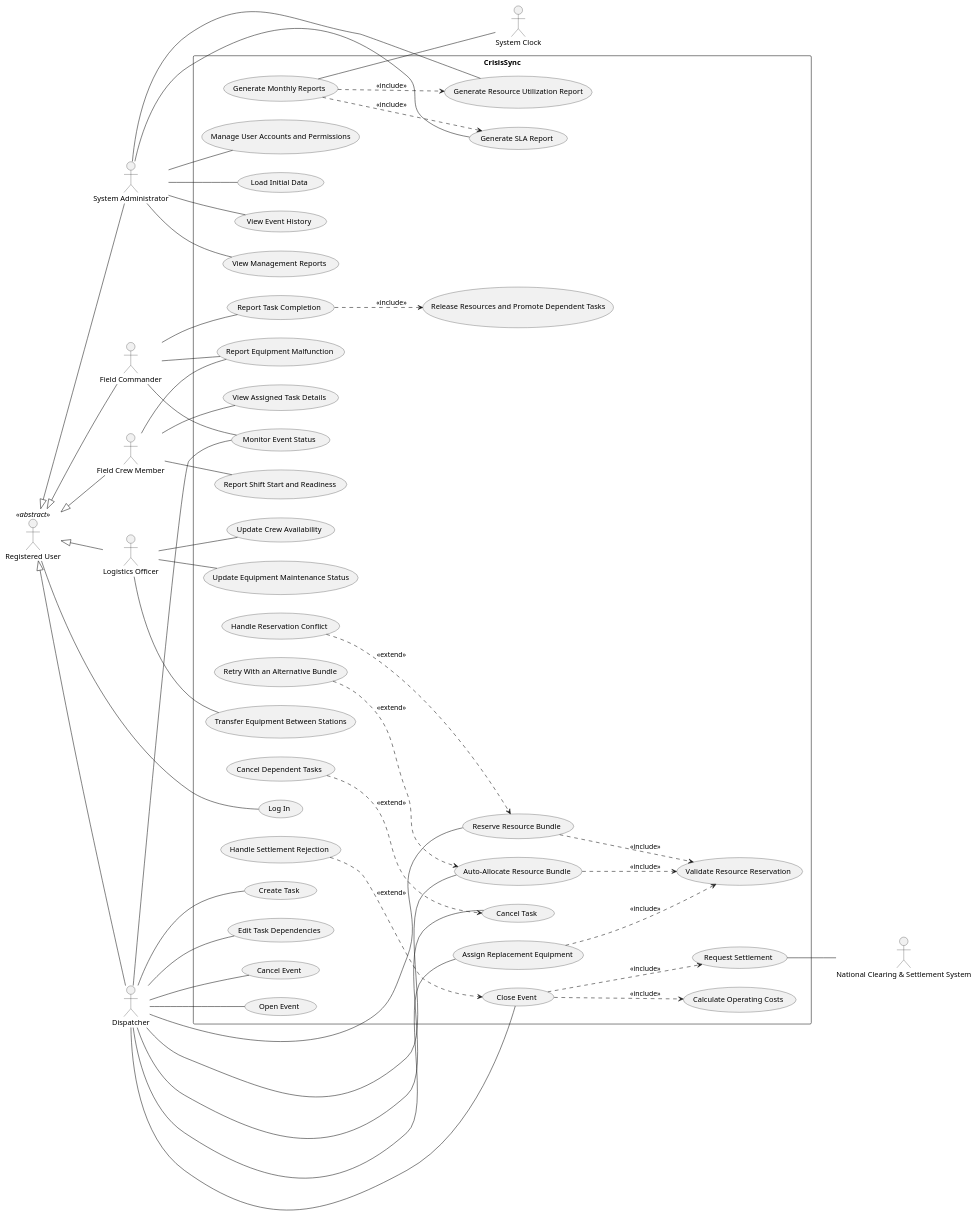
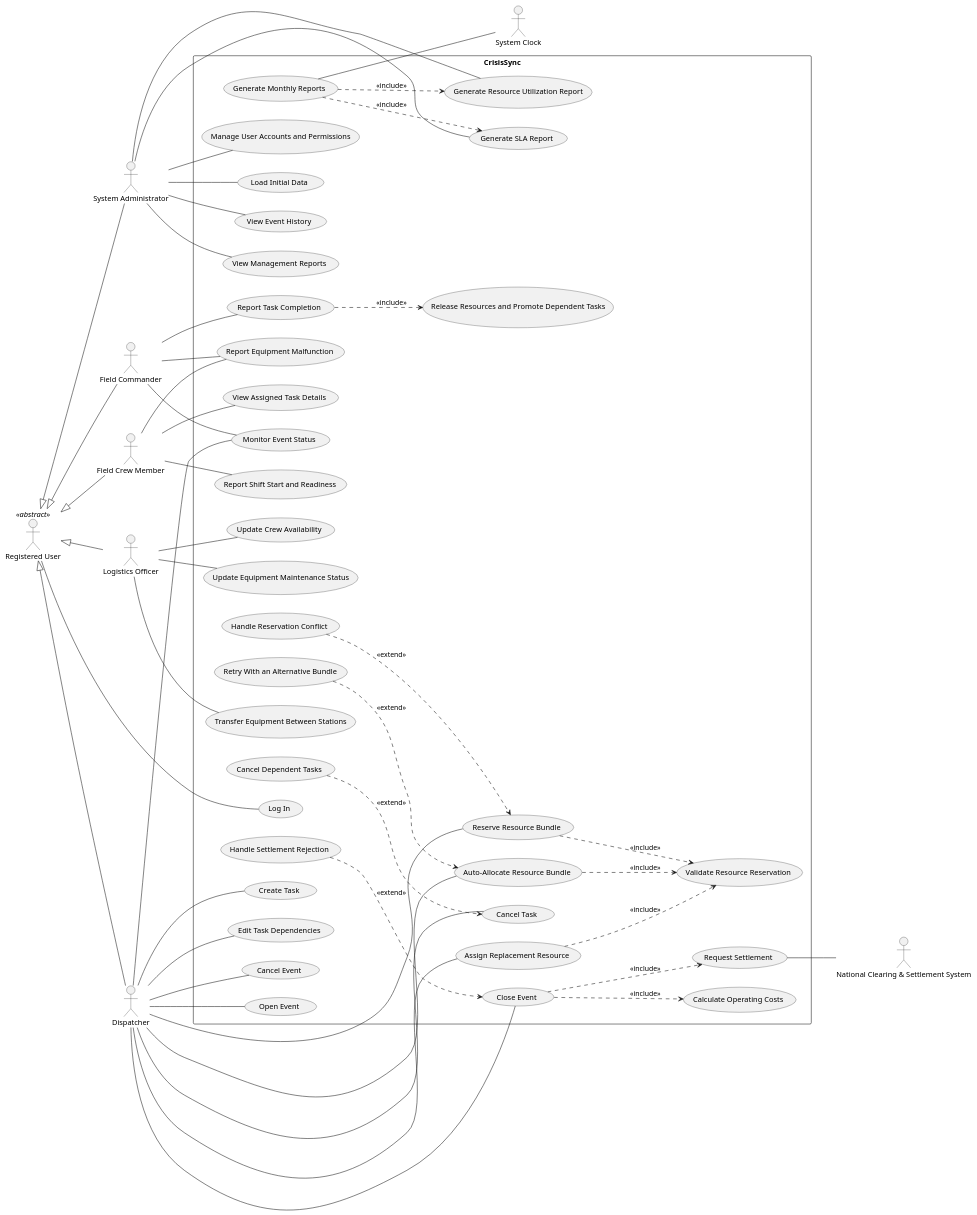
The diagram in Assignment1/usecase.puml (OrelimelechX/CrisisSync-G12), drawn with PlantUML before and after one commit. The commit also changed 3 other files, not shown here.

```diff
--- a/Assignment1/usecase.puml
+++ b/Assignment1/usecase.puml
@@ -1,107 +1,107 @@
 @startuml
 ' CrisisSync - Use Case Model, Assignment 1 (Group G12)
 ' Text source of G12_Assignment1.vpp (Visual Paradigm 18.1).
 ' include: base ..> included    extend: extension ..> base
 left to right direction
 
 ' ---- Human actors (left) ----
 actor "Registered User" as AC01 <<abstract>>
 actor "System Administrator" as AC02
 actor "Logistics Officer" as AC03
 actor "Dispatcher" as AC04
 actor "Field Commander" as AC05
 actor "Field Crew Member" as AC06
 
 AC01 <|-- AC02
 AC01 <|-- AC03
 AC01 <|-- AC04
 AC01 <|-- AC05
 AC01 <|-- AC06
 
 rectangle "CrisisSync" {
   usecase "Log In" as UC01
   usecase "Manage User Accounts and Permissions" as UC02
   usecase "Load Initial Data" as UC03
   usecase "View Event History" as UC04
   usecase "View Management Reports" as UC05
   usecase "Generate Monthly Reports" as UC06
   usecase "Generate Resource Utilization Report" as UC07
   usecase "Generate SLA Report" as UC08
   usecase "Update Equipment Maintenance Status" as UC10
   usecase "Transfer Equipment Between Stations" as UC11
   usecase "Update Crew Availability" as UC12
   usecase "Open Event" as UC13
   usecase "Create Task" as UC14
   usecase "Edit Task Dependencies" as UC15
   usecase "Reserve Resource Bundle" as UC16
   usecase "Handle Reservation Conflict" as UC16a
   usecase "Validate Resource Reservation" as UC17
   usecase "Auto-Allocate Resource Bundle" as UC18
   usecase "Retry With an Alternative Bundle" as UC18a
   usecase "Monitor Event Status" as UC19
   usecase "Cancel Task" as UC20
   usecase "Cancel Dependent Tasks" as UC20a
   usecase "Cancel Event" as UC21
   usecase "Close Event" as UC22
   usecase "Handle Settlement Rejection" as UC22a
   usecase "Calculate Operating Costs" as UC23
   usecase "Request Settlement" as UC24
-  usecase "Assign Replacement Equipment" as UC25
+  usecase "Assign Replacement Resource" as UC25
   usecase "Report Task Completion" as UC26
   usecase "Release Resources and Promote Dependent Tasks" as UC27
   usecase "View Assigned Task Details" as UC28
   usecase "Report Shift Start and Readiness" as UC29
   usecase "Report Equipment Malfunction" as UC30
 }
 
 ' ---- Non-human actors (right) ----
 actor "National Clearing & Settlement System" as AC07
 actor "System Clock" as AC08
 
 ' ---- Associations ----
 AC01 -- UC01
 AC02 -- UC02
 AC02 -- UC03
 AC02 -- UC04
 AC02 -- UC05
 AC02 -- UC07
 AC02 -- UC08
 AC03 -- UC10
 AC03 -- UC11
 AC03 -- UC12
 AC04 -- UC13
 AC04 -- UC14
 AC04 -- UC15
 AC04 -- UC16
 AC04 -- UC18
 AC04 -- UC19
 AC04 -- UC20
 AC04 -- UC21
 AC04 -- UC22
 AC04 -- UC25
 AC05 -- UC19
 AC05 -- UC26
 AC05 -- UC30
 AC06 -- UC28
 AC06 -- UC29
 AC06 -- UC30
 UC24 -- AC07
 UC06 -- AC08
 
 ' ---- <<include>> (base -> included) ----
 UC06 ..> UC07 : <<include>>
 UC06 ..> UC08 : <<include>>
 UC16 ..> UC17 : <<include>>
 UC18 ..> UC17 : <<include>>
 UC22 ..> UC23 : <<include>>
 UC22 ..> UC24 : <<include>>
 UC25 ..> UC17 : <<include>>
 UC26 ..> UC27 : <<include>>
 
 ' ---- <<extend>> (extension -> base) ----
 UC16a ..> UC16 : <<extend>>
 UC18a ..> UC18 : <<extend>>
 UC20a ..> UC20 : <<extend>>
 UC22a ..> UC22 : <<extend>>
 
 @enduml
```
